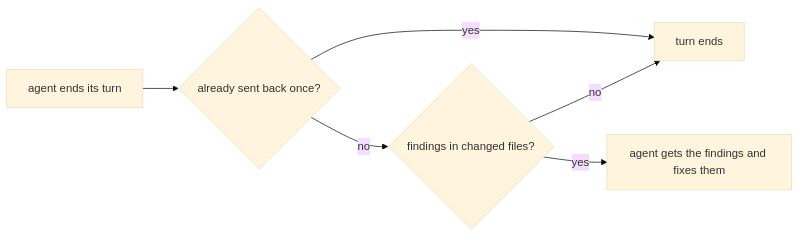
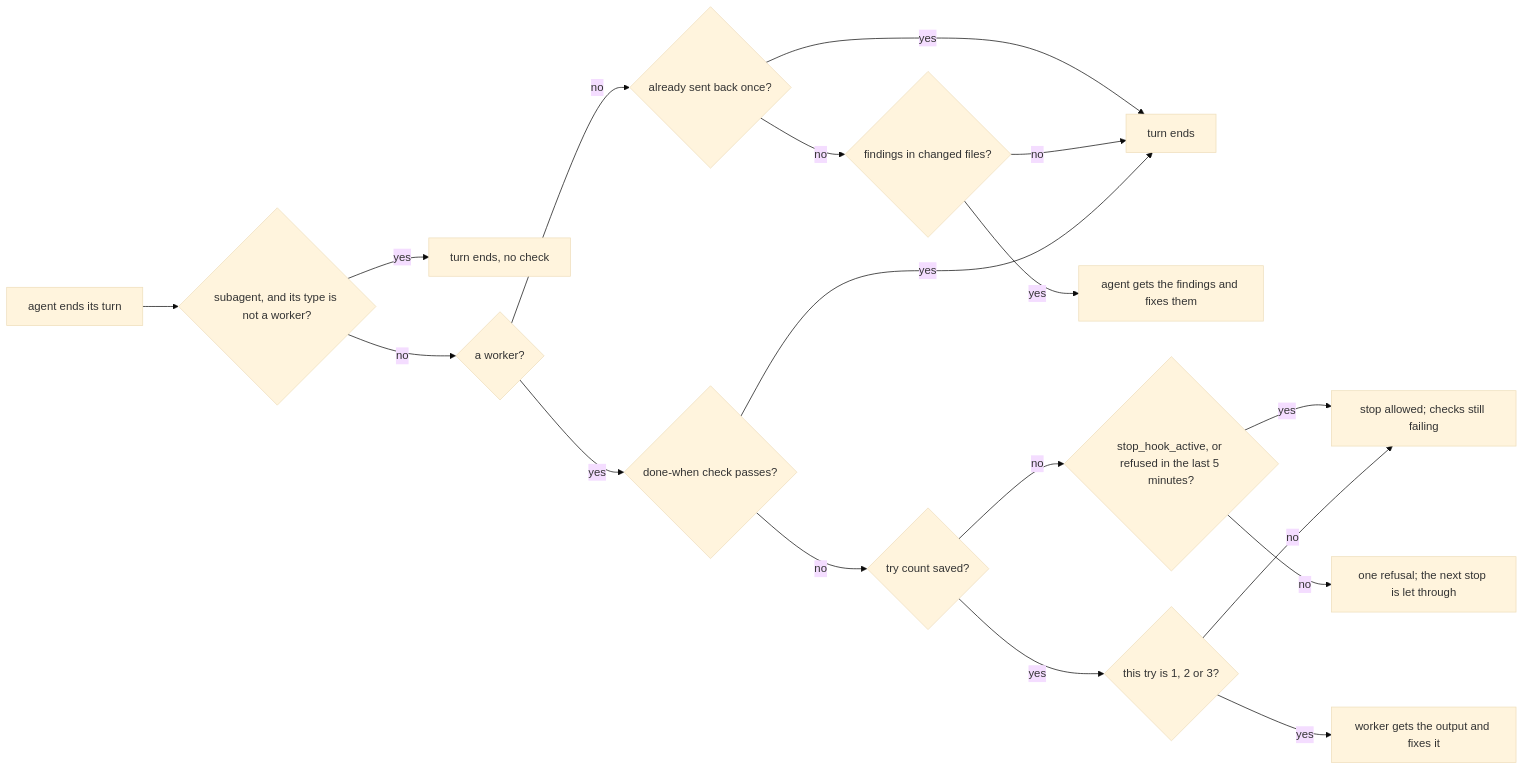
One commit to coo1white/yokoten changed the second of 3 diagrams in docs/guide.md. Above: the diagram before and after it, drawn with Mermaid (base theme). The commit also changed other lines of this file and 22 other files, not shown here.

First line of the commit message:
feat(agents): a worker is done only when its check passes (#643)

````diff
--- a/docs/guide.md
+++ b/docs/guide.md
@@ -946,8 +954,20 @@
 ```mermaid
 flowchart LR
-  S["agent ends its turn"] --> A{"already sent back once?"}
+  S["agent ends its turn"] --> U{"subagent, and its type is not a worker?"}
+  U -- yes --> N["turn ends, no check"]
+  U -- no --> W{"a worker?"}
+  W -- no --> A{"already sent back once?"}
   A -- yes --> E["turn ends"]
   A -- no --> C{"findings in changed files?"}
   C -- no --> E
   C -- yes --> B["agent gets the findings and fixes them"]
+  W -- yes --> D{"done-when check passes?"}
+  D -- yes --> E
+  D -- no --> K{"try count saved?"}
+  K -- no --> H{"stop_hook_active, or refused in the last 5 minutes?"}
+  H -- yes --> X["stop allowed; checks still failing"]
+  H -- no --> F["one refusal; the next stop is let through"]
+  K -- yes --> T{"this try is 1, 2 or 3?"}
+  T -- yes --> F2["worker gets the output and fixes it"]
+  T -- no --> X
 ```
````
